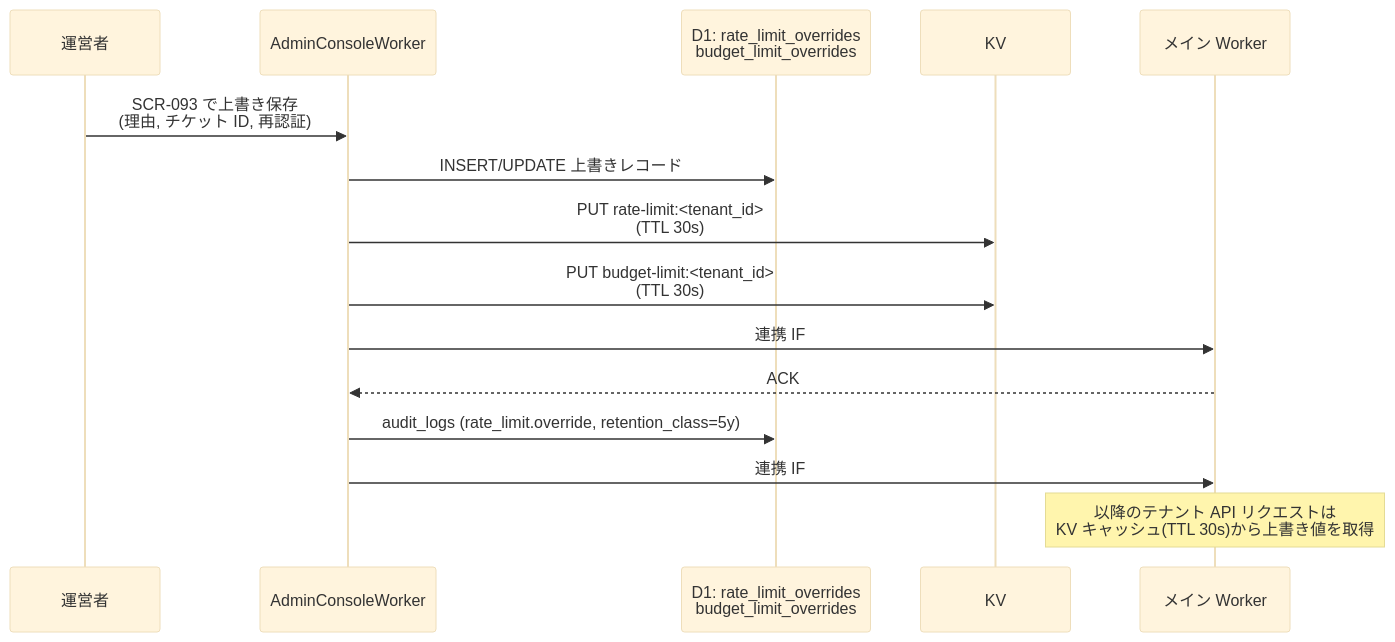
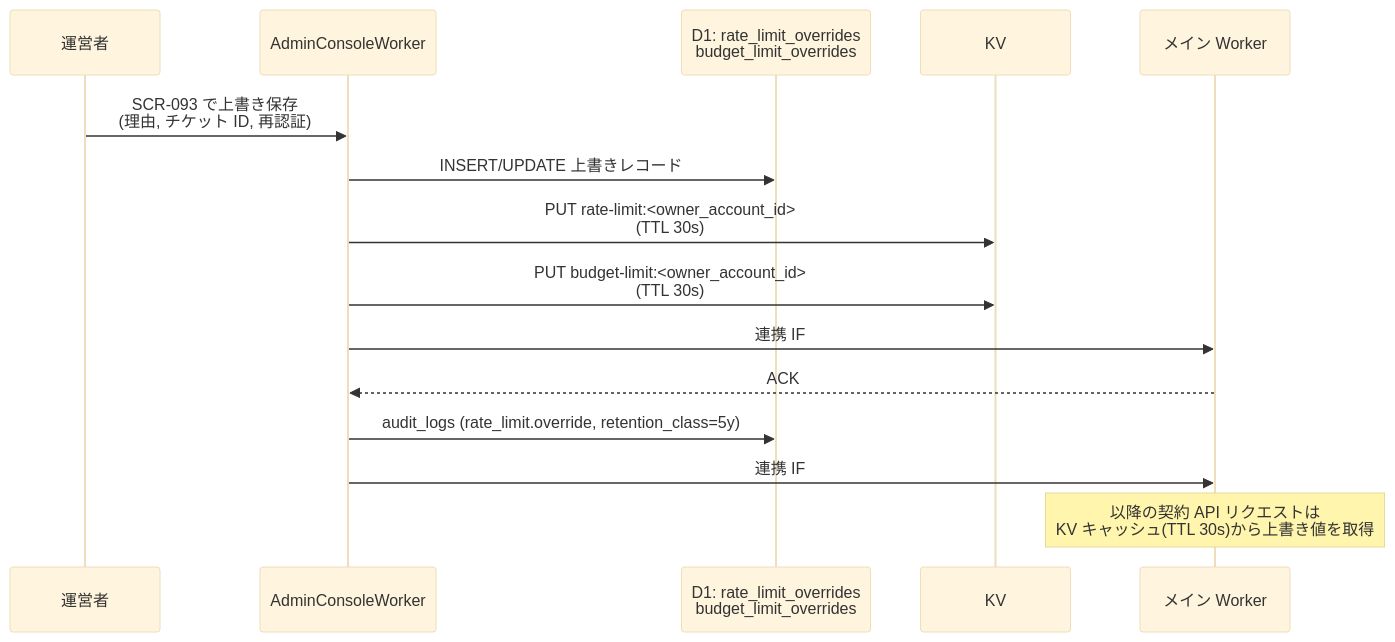
Diagram 20 of 25 in 02_admin/02_basic_design.md (sikakou54/open-faq), drawn with Mermaid (base theme) before and after one commit. The commit also changed other lines of this file and 22 other files, not shown here.

````diff
--- a/02_admin/02_basic_design.md
+++ b/02_admin/02_basic_design.md
@@ -1530,19 +1530,19 @@
 ```mermaid
 sequenceDiagram
     participant Op as 運営者
     participant Admin as AdminConsoleWorker
     participant D1 as D1: rate_limit_overrides<br/>budget_limit_overrides
     participant KV as KV
     participant Main as メイン Worker
 
     Op->>Admin: SCR-093 で上書き保存<br/>(理由, チケット ID, 再認証)
     Admin->>D1: INSERT/UPDATE 上書きレコード
-    Admin->>KV: PUT rate-limit:<tenant_id><br/>(TTL 30s)
-    Admin->>KV: PUT budget-limit:<tenant_id><br/>(TTL 30s)
+    Admin->>KV: PUT rate-limit:<owner_account_id><br/>(TTL 30s)
+    Admin->>KV: PUT budget-limit:<owner_account_id><br/>(TTL 30s)
     Admin->>Main: 連携 IF #5 でメインへ同期
     Main-->>Admin: ACK
     Admin->>D1: audit_logs (rate_limit.override, retention_class=5y)
     Admin->>Main: 連携 IF #12 で管理者ユーザー通知発火
 
-    Note over Main: 以降のテナント API リクエストは<br/>KV キャッシュ(TTL 30s)から上書き値を取得
+    Note over Main: 以降の契約 API リクエストは<br/>KV キャッシュ(TTL 30s)から上書き値を取得
 ```
````
